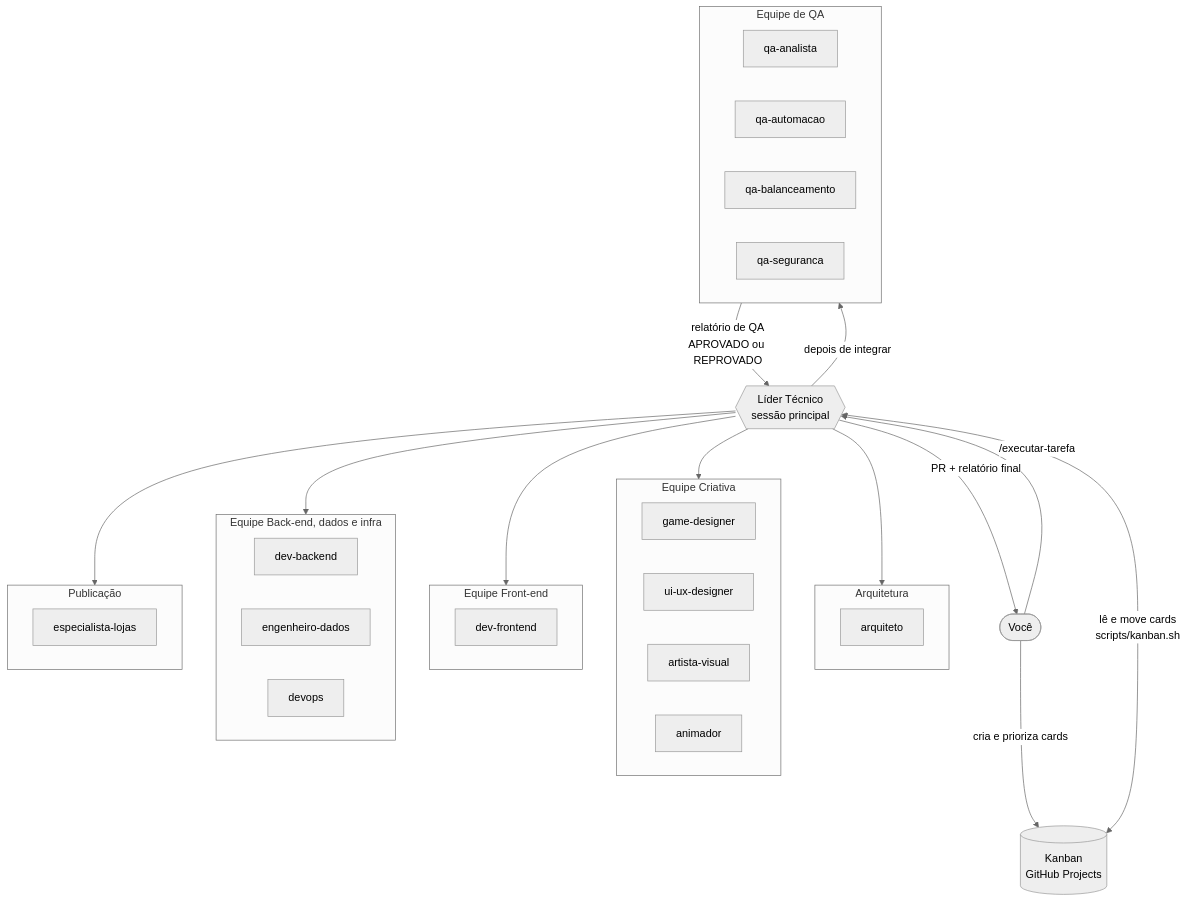
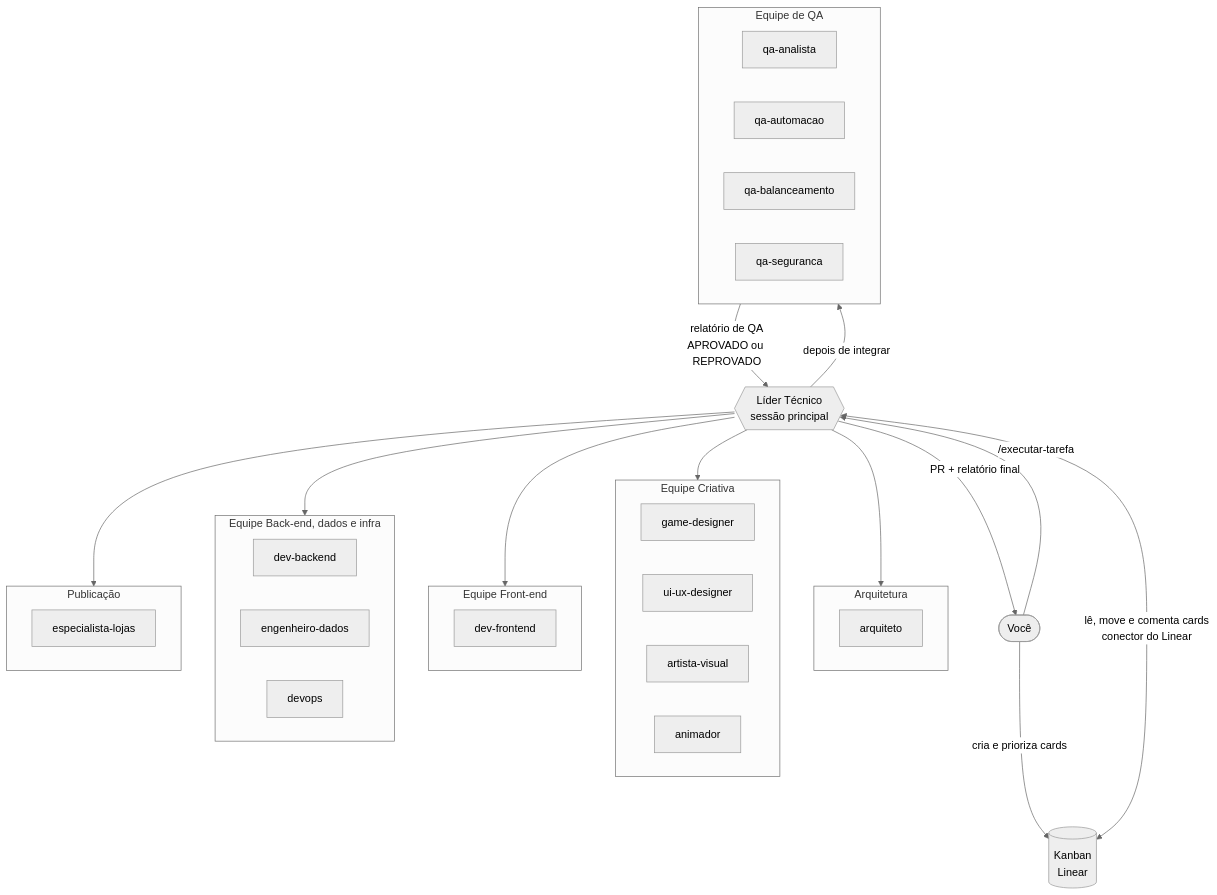
One commit to vitaoSantos/Idle-game changed the first of 2 diagrams in docs/orquestracao.md. Above: the diagram before and after it, drawn with Mermaid (neutral theme). The commit also changed other lines of this file and 17 other files, not shown here.

First line of the commit message:
chore: Kanban no Linear e abertura da Fase 1

````diff
--- a/docs/orquestracao.md
+++ b/docs/orquestracao.md
@@ -31,40 +31,40 @@
 ```mermaid
 flowchart TD
-    U([Você]) -->|cria e prioriza cards| K[(Kanban<br/>GitHub Projects)]
+    U([Você]) -->|cria e prioriza cards| K[(Kanban<br/>Linear)]
     U -->|/executar-tarefa| L{{Líder Técnico<br/>sessão principal}}
-    K <-->|lê e move cards<br/>scripts/kanban.sh| L
+    K <-->|lê, move e comenta cards<br/>conector do Linear| L
     L --> ARQ
     L --> CRI
     L --> FRONT
     L --> BACK
     L --> PUB
     subgraph ARQ[Arquitetura]
       A1[arquiteto]
     end
     subgraph CRI[Equipe Criativa]
       C1[game-designer]
       C2[ui-ux-designer]
       C3[artista-visual]
       C4[animador]
     end
     subgraph FRONT[Equipe Front-end]
       F1[dev-frontend]
     end
     subgraph BACK[Equipe Back-end, dados e infra]
       B1[dev-backend]
       B2[engenheiro-dados]
       B3[devops]
     end
     subgraph PUB[Publicação]
       P1[especialista-lojas]
     end
     L -->|depois de integrar| QA
     subgraph QA[Equipe de QA]
       Q1[qa-analista]
       Q2[qa-automacao]
       Q3[qa-balanceamento]
       Q4[qa-seguranca]
     end
     QA -->|relatório de QA<br/>APROVADO ou REPROVADO| L
     L -->|PR + relatório final| U
 ```
````
